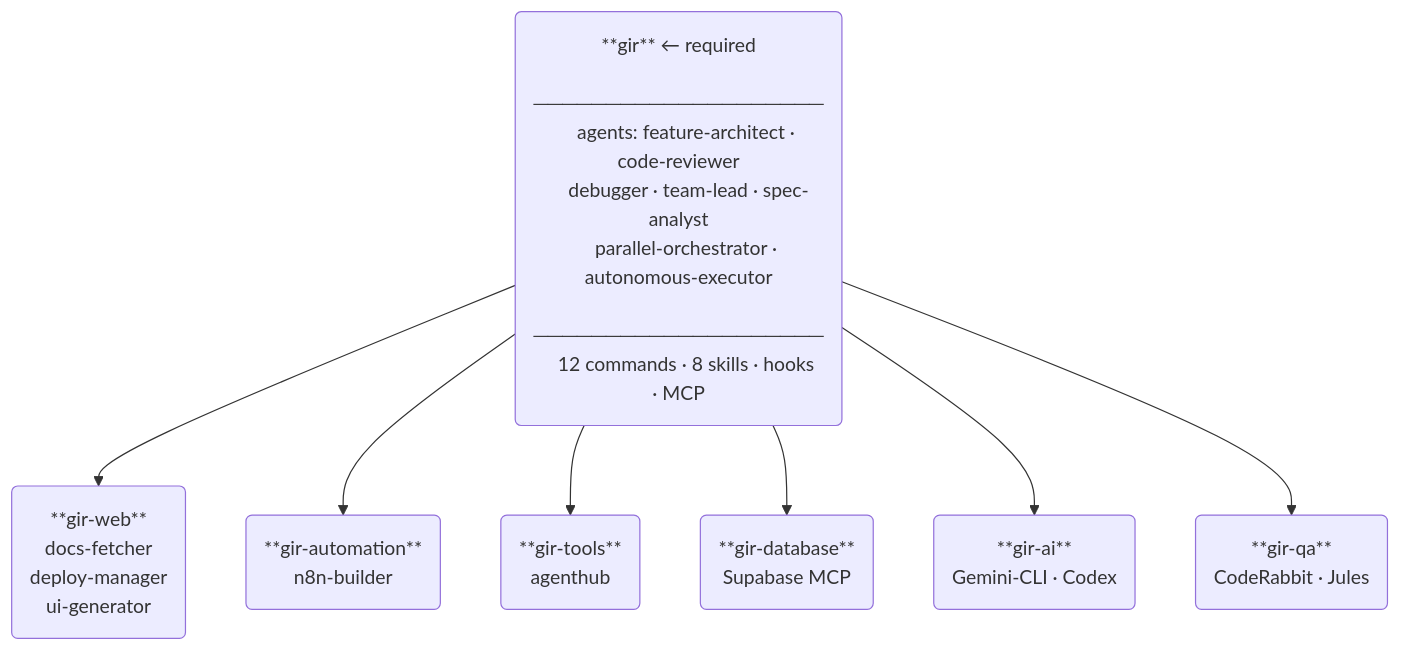
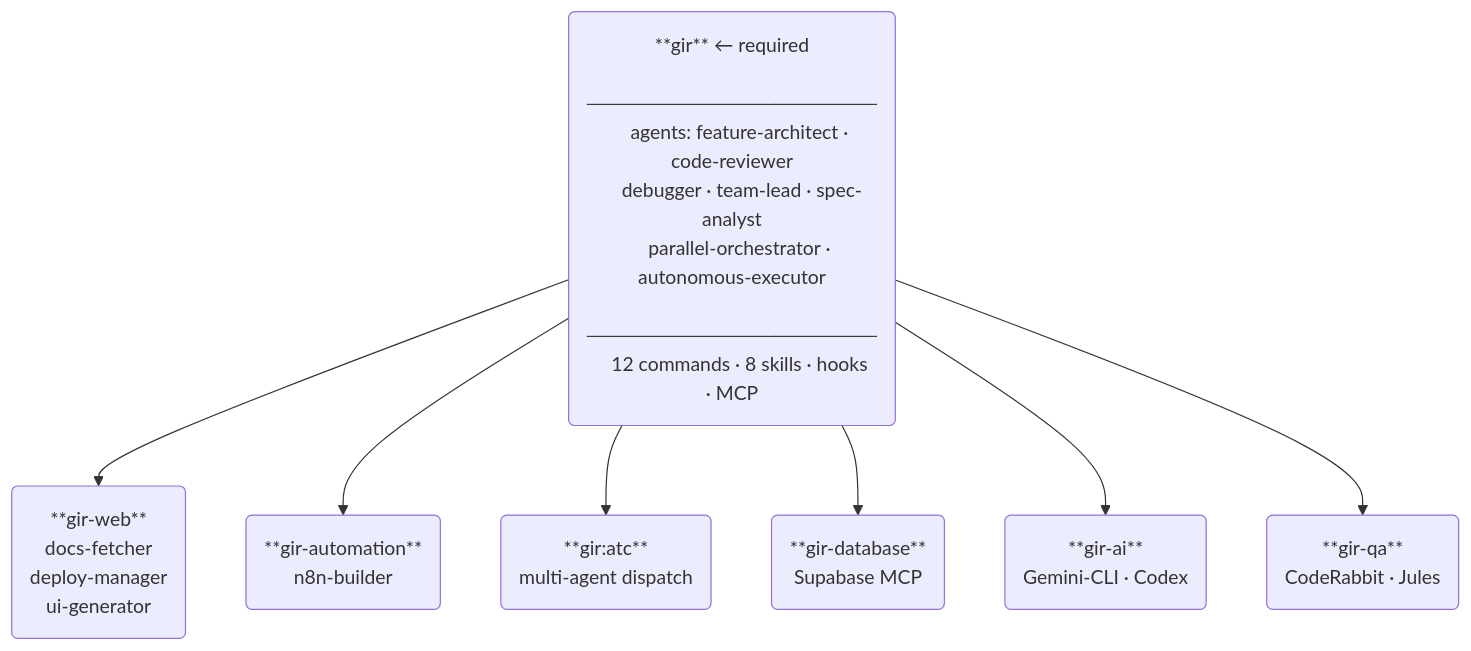
The first of 2 diagrams in README.md (RedcoatAsher/GIR-v2), drawn with Mermaid before and after one commit. The commit also changed other lines of this file and 14 other files, not shown here.

Commit message:
feat: rename gir-tools to gir:atc (agentic traffic control), remove deprecated agents

````diff
--- a/README.md
+++ b/README.md
@@ -45,30 +45,30 @@
 ```mermaid
 graph TD
     gir("**gir** ← required
     ────────────────────
     agents: feature-architect · code-reviewer
     debugger · team-lead · spec-analyst
     parallel-orchestrator · autonomous-executor
     ────────────────────
     12 commands · 8 skills · hooks · MCP")
 
     gir --> web("**gir-web**
     docs-fetcher
     deploy-manager
     ui-generator")
 
     gir --> auto("**gir-automation**
     n8n-builder")
 
-    gir --> tools("**gir-tools**
-    agenthub")
+    gir --> tools("**gir:atc**
+    multi-agent dispatch")
 
     gir --> db("**gir-database**
     Supabase MCP")
 
     gir --> ai("**gir-ai**
     Gemini-CLI · Codex")
 
     gir --> qa("**gir-qa**
     CodeRabbit · Jules")
 ```
````
